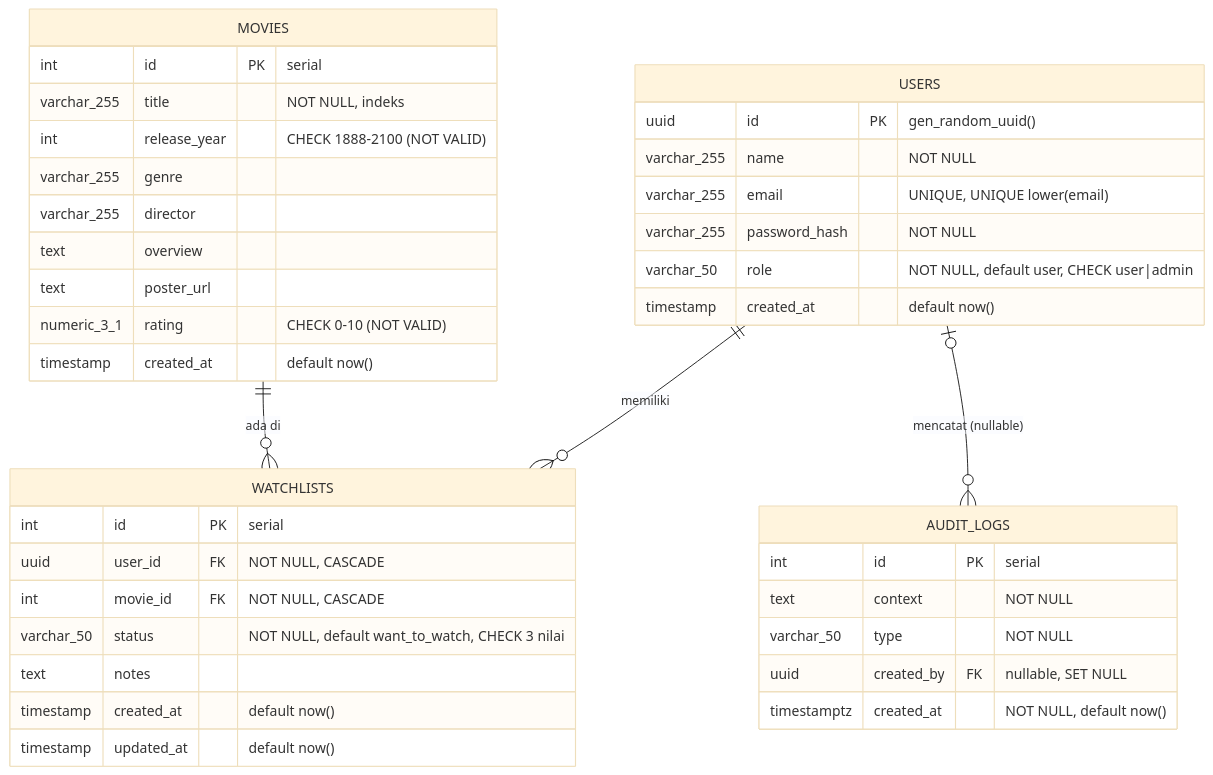
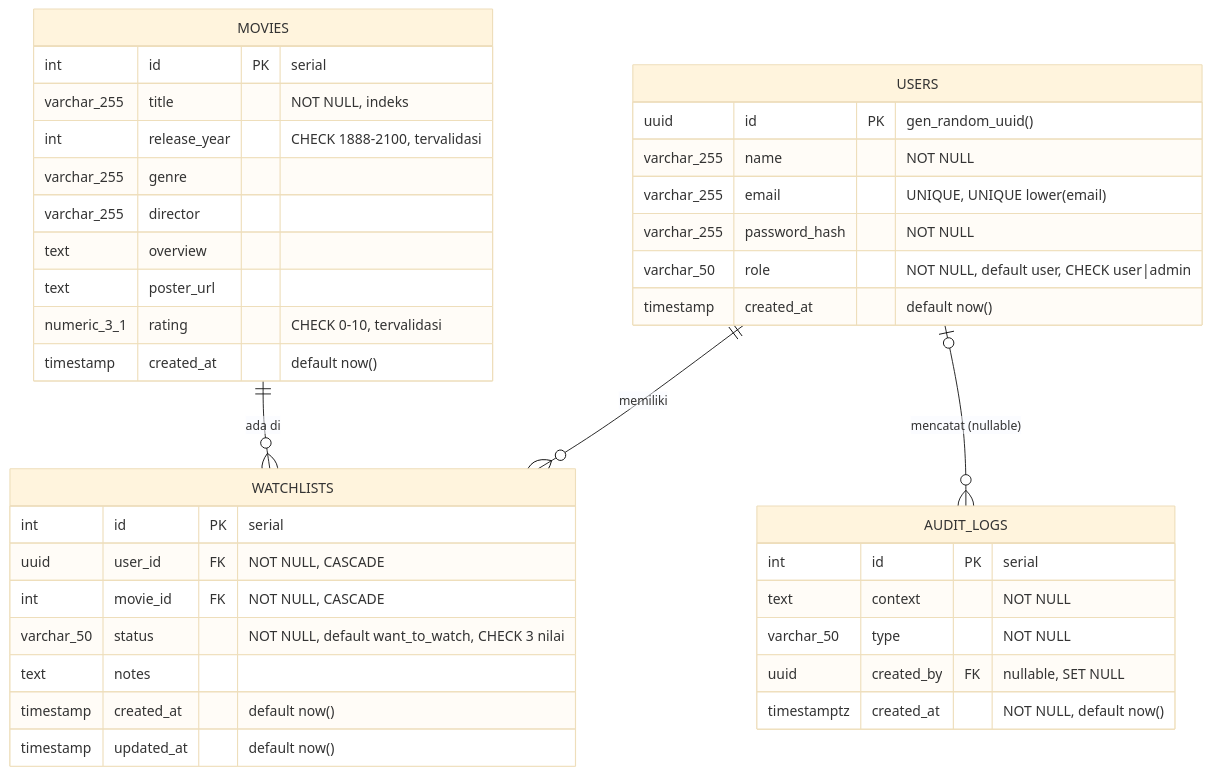
The diagram in DATABASE_ERD.md (zahirali75/Watchlist_project), drawn with Mermaid (base theme) before and after one commit. The commit also changed other lines of this file and 38 other files, not shown here.

````diff
--- a/DATABASE_ERD.md
+++ b/DATABASE_ERD.md
@@ -7,42 +7,42 @@
 ```mermaid
 erDiagram
     USERS ||--o{ WATCHLISTS : "memiliki"
     MOVIES ||--o{ WATCHLISTS : "ada di"
     USERS |o--o{ AUDIT_LOGS : "mencatat (nullable)"
 
     USERS {
         uuid id PK "gen_random_uuid()"
         varchar_255 name "NOT NULL"
         varchar_255 email "UNIQUE, UNIQUE lower(email)"
         varchar_255 password_hash "NOT NULL"
         varchar_50 role "NOT NULL, default user, CHECK user|admin"
         timestamp created_at "default now()"
     }
     MOVIES {
         int id PK "serial"
         varchar_255 title "NOT NULL, indeks"
-        int release_year "CHECK 1888-2100 (NOT VALID)"
+        int release_year "CHECK 1888-2100, tervalidasi"
         varchar_255 genre
         varchar_255 director
         text overview
         text poster_url
-        numeric_3_1 rating "CHECK 0-10 (NOT VALID)"
+        numeric_3_1 rating "CHECK 0-10, tervalidasi"
         timestamp created_at "default now()"
     }
     WATCHLISTS {
         int id PK "serial"
         uuid user_id FK "NOT NULL, CASCADE"
         int movie_id FK "NOT NULL, CASCADE"
         varchar_50 status "NOT NULL, default want_to_watch, CHECK 3 nilai"
         text notes
         timestamp created_at "default now()"
         timestamp updated_at "default now()"
     }
     AUDIT_LOGS {
         int id PK "serial"
         text context "NOT NULL"
         varchar_50 type "NOT NULL"
         uuid created_by FK "nullable, SET NULL"
         timestamptz created_at "NOT NULL, default now()"
     }
 ```
````
